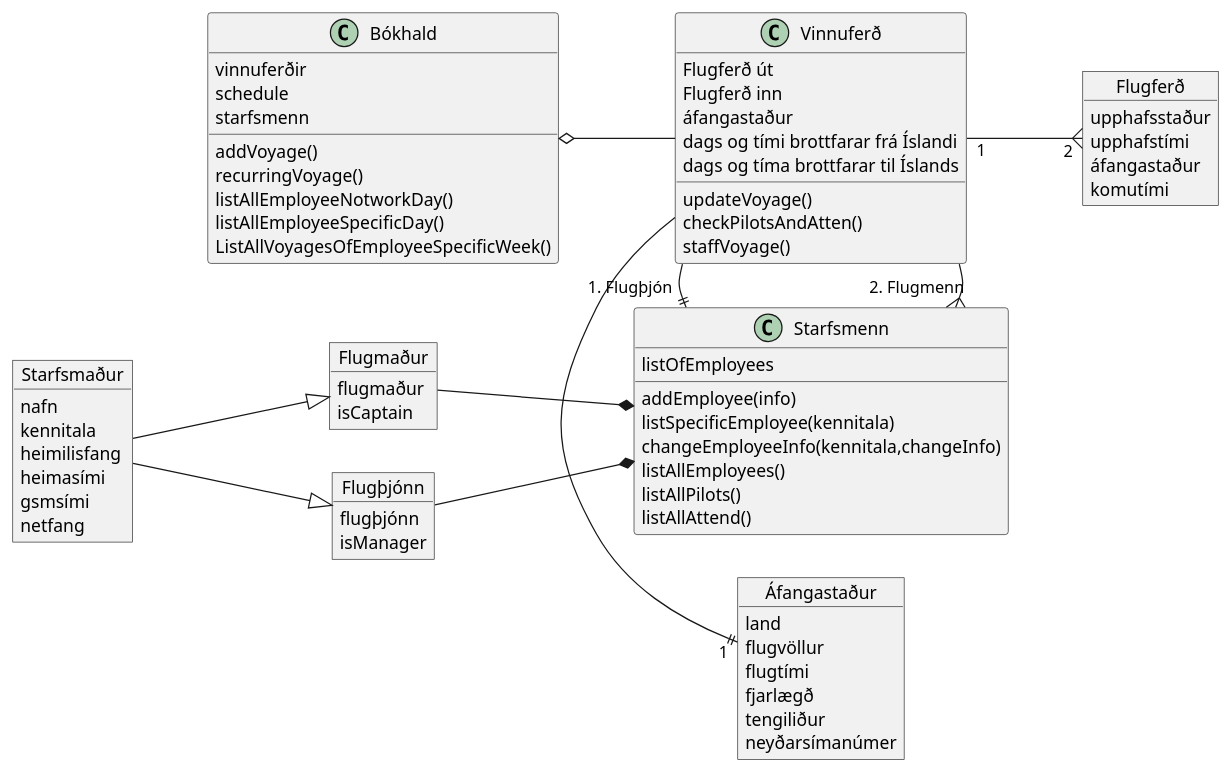
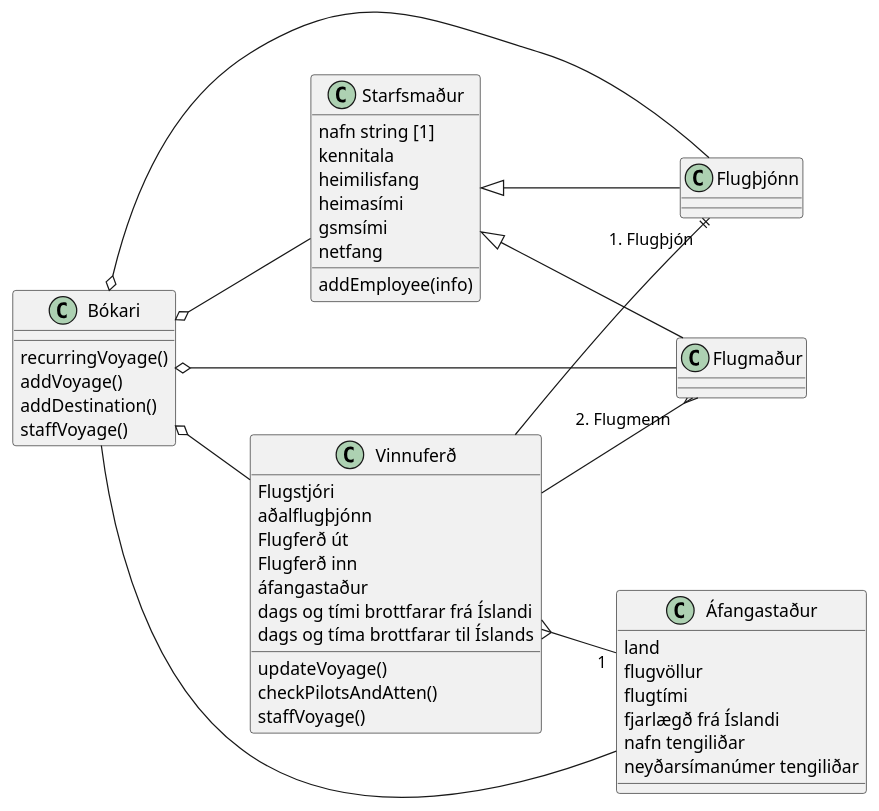
One commit to MyraMidnight/VLN1_h16 changed the diagram in plantuml.wsd. Above: the diagram before and after it, drawn with PlantUML.

Commit message:
updated everything

```diff
--- a/plantuml.wsd
+++ b/plantuml.wsd
@@ -6,83 +6,62 @@
 @startuml Bókhald
 left to right direction
 
 class Vinnuferð {
+  Flugstjóri
+  aðalflugþjónn
   Flugferð út
   Flugferð inn
   áfangastaður
   dags og tími brottfarar frá Íslandi
   dags og tíma brottfarar til Íslands
   updateVoyage()
   checkPilotsAndAtten()
   staffVoyage()
 }
 
-object Flugferð {
-  upphafsstaður
-  upphafstími
-  áfangastaður
-  komutími
-}
 
-
-class Starfsmenn {
-  listOfEmployees
-  addEmployee(info)
-  listSpecificEmployee(kennitala)
-  changeEmployeeInfo(kennitala,changeInfo)
-  listAllEmployees()
-  listAllPilots()
-  listAllAttend()
-}
-
-object Starfsmaður {
-  nafn
+class Starfsmaður {
+  nafn string [1]
   kennitala
   heimilisfang
   heimasími
   gsmsími
   netfang
+  addEmployee(info)
+}
+
+class Áfangastaður {
+  land
+  flugvöllur
+  flugtími
+  fjarlægð frá Íslandi
+  nafn tengiliðar
+  neyðarsímanúmer tengiliðar
 }
 
 
-object Áfangastaður {
-  land
-  flugvöllur
-  flugtími
-  fjarlægð
-  tengiliður
-  neyðarsímanúmer
+
+class Flugmaður {
 }
 
-
-class Bókhald {
-  vinnuferðir
-  schedule
-  starfsmenn
-  addVoyage()
-  recurringVoyage()
-  listAllEmployeeNotworkDay()
-  listAllEmployeeSpecificDay()
-  ListAllVoyagesOfEmployeeSpecificWeek()
+class Flugþjónn {
 }
 
-object Flugmaður {
-  flugmaður
-  isCaptain
+class Bókari {
+  recurringVoyage()
+  addVoyage()
+  addDestination()
+  staffVoyage()
 }
 
-object Flugþjónn {
-  flugþjónn
-  isManager
-}
-
-Vinnuferð -|| "1" Áfangastaður
-Vinnuferð "1" --{ "2" Flugferð
-Bókhald o-- Vinnuferð
-Starfsmaður --|> Flugmaður
-Starfsmaður --|> Flugþjónn
-Flugmaður --* Starfsmenn
-Flugþjónn --* Starfsmenn
-Vinnuferð --{ "2. Flugmenn" Starfsmenn
-Vinnuferð -|| "1. Flugþjón" Starfsmenn
+Vinnuferð }-- "1" Áfangastaður
+Bókari o-- Vinnuferð
+Bókari o-- Starfsmaður
+Bókari o-- Flugmaður
+Bókari o-- Flugþjónn
+Starfsmaður <|-- Flugmaður
+Starfsmaður <|-- Flugþjónn
+Vinnuferð --{ "2. Flugmenn" Flugmaður
+Vinnuferð -|| "1. Flugþjón" Flugþjónn
+Bókari --- Áfangastaður
 @enduml
```
